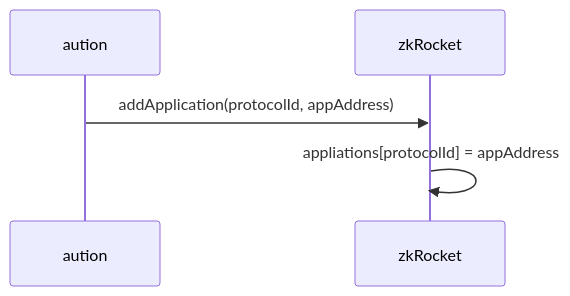
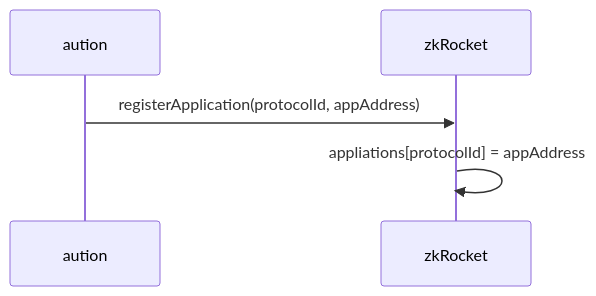
The second of 4 diagrams in README.md (zkRocket/ZenKeeper), drawn with Mermaid before and after one commit. The commit also changed other lines of this file, not shown here.

````diff
--- a/README.md
+++ b/README.md
@@ -49,8 +61,8 @@
 ```mermaid
 sequenceDiagram
     participant aution
     participant zkRocket
 
-    aution ->> zkRocket: addApplication(protocolId, appAddress)
+    aution ->> zkRocket: registerApplication(protocolId, appAddress)
     zkRocket ->> zkRocket: appliations[protocolId] = appAddress
 ```
````
